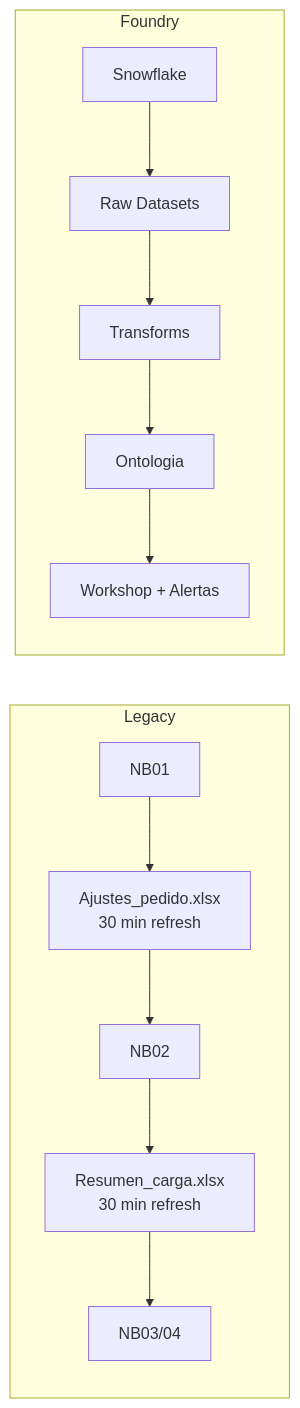
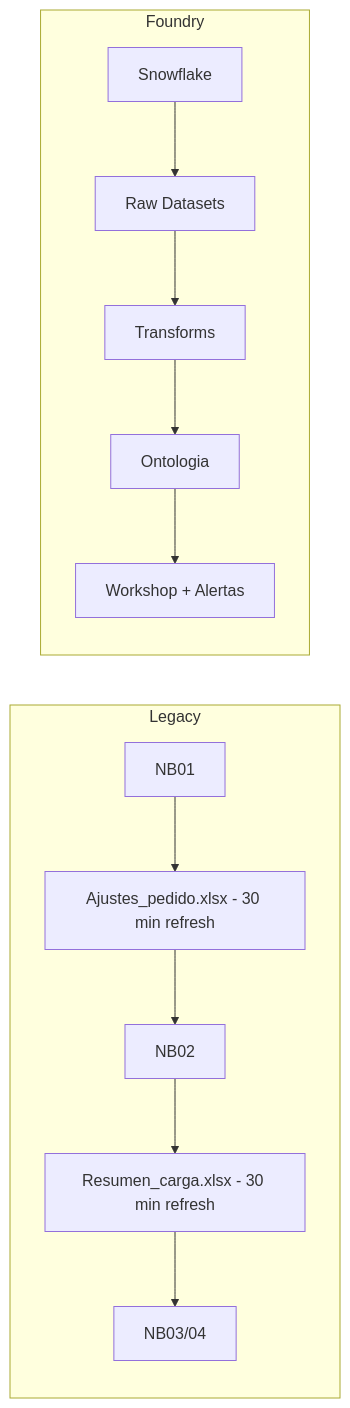
Before and after one commit to Solanthic/sigma-desarrollo-pedido-optimo: the eighth of 10 diagrams in context/NOTA_PARA_ENRIQUE.md, drawn with Mermaid. The commit also changed other lines of this file and 1 other file, not shown here.

````diff
--- a/context/NOTA_PARA_ENRIQUE.md
+++ b/context/NOTA_PARA_ENRIQUE.md
@@ -336,9 +364,9 @@
 ```mermaid
 flowchart LR
     subgraph Legacy
-        N1[NB01] --> X1[Ajustes_pedido.xlsx\n30 min refresh] --> N2[NB02] --> X2[Resumen_carga.xlsx\n30 min refresh] --> N3[NB03/04]
+        N1[NB01] --> X1[Ajustes_pedido.xlsx - 30 min refresh] --> N2[NB02] --> X2[Resumen_carga.xlsx - 30 min refresh] --> N3[NB03/04]
     end
     subgraph Foundry
         S[Snowflake] --> R[Raw Datasets] --> T[Transforms] --> O[Ontologia] --> W[Workshop + Alertas]
     end
 ```
````
